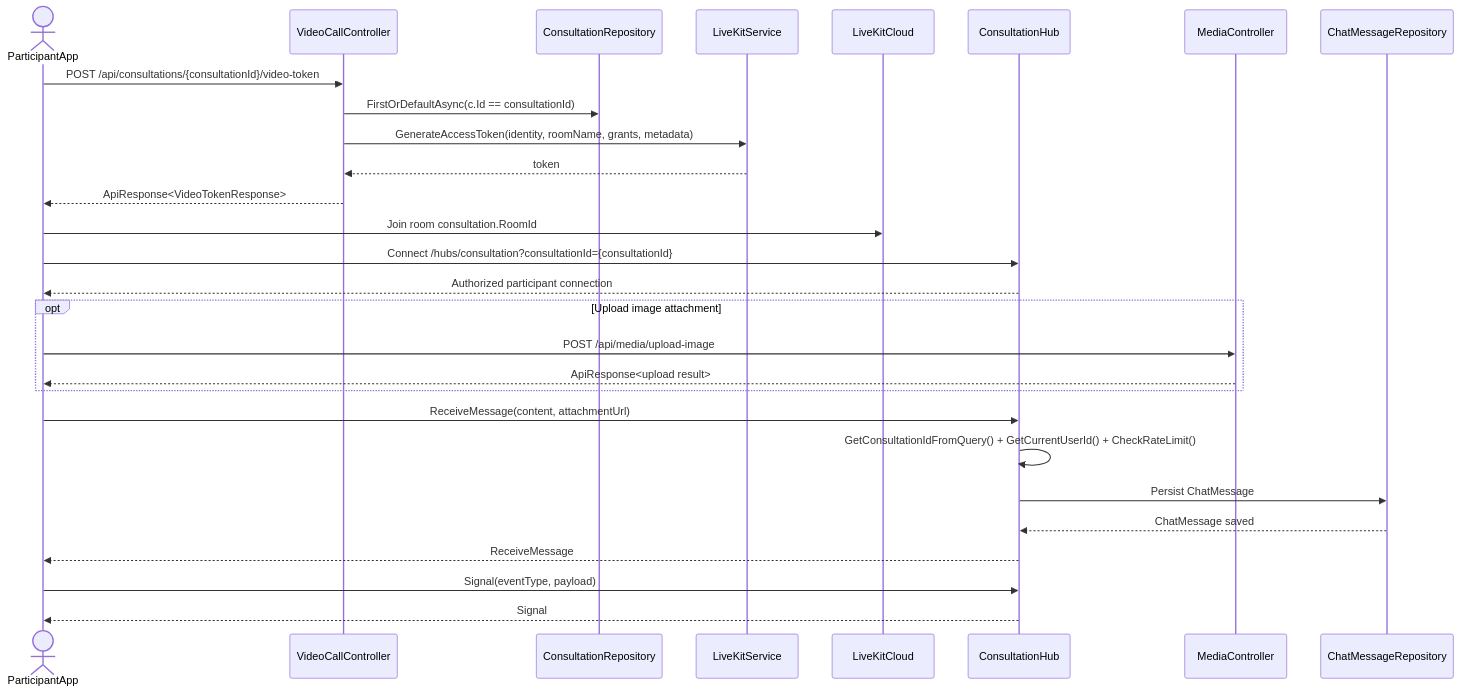
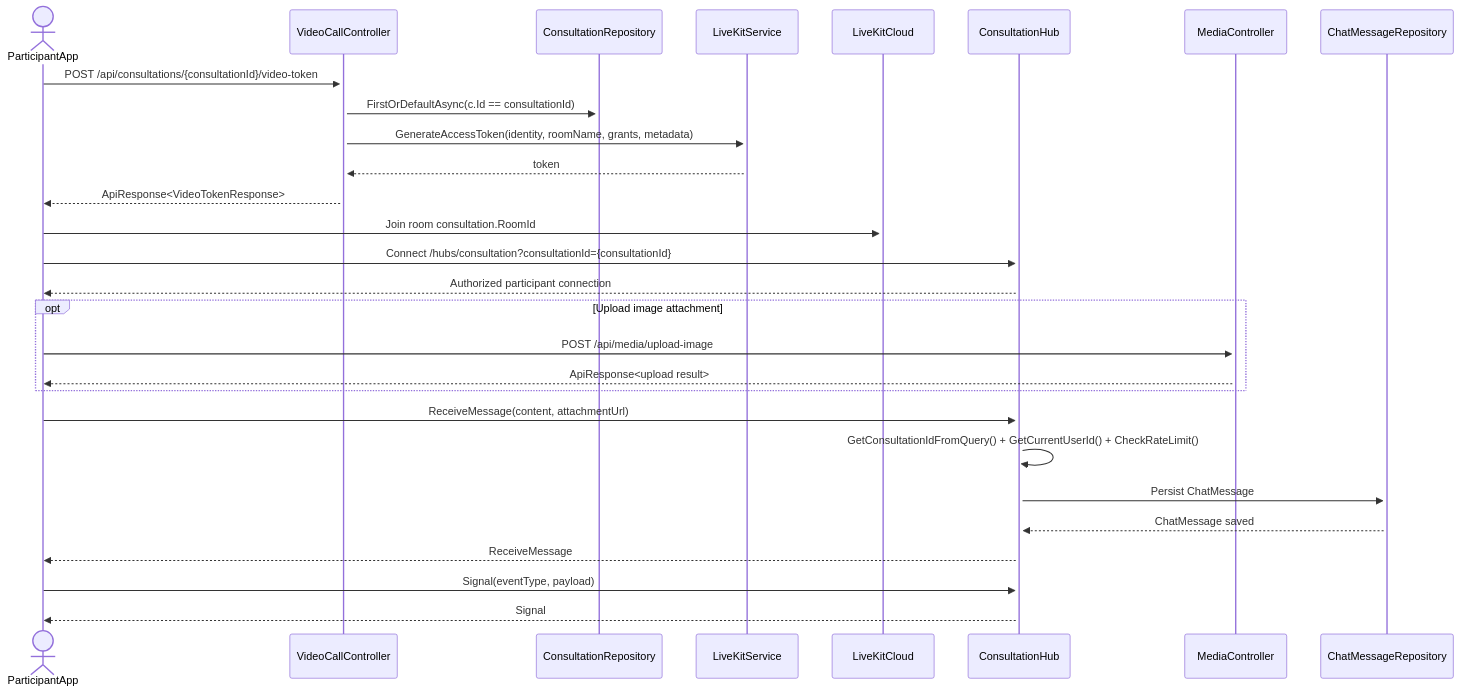
Before and after one commit to Snake-AID/SnakeAid.Docs: diagram 11 of 16 in Docs/11-SoftwareDocument/Report 5/SnakeAid Report4_Software Design Document.docx.md, drawn with Mermaid. The commit also changed other lines of this file, not shown here.

Commit message:
docs(sequence-diagrams): enhance activation and deactivation sequences for consultation services

````diff
--- a/Docs/11-SoftwareDocument/Report 5/SnakeAid Report4_Software Design Document.docx.md
+++ b/Docs/11-SoftwareDocument/Report 5/SnakeAid Report4_Software Design Document.docx.md
@@ -1186,35 +1272,42 @@
 ```mermaid
 sequenceDiagram
     actor ParticipantApp
     participant VideoCallController
     participant ConsultationRepository
     participant LiveKitService
     participant LiveKitCloud
     participant ConsultationHub
     participant MediaController
     participant ChatMessageRepository
+    activate VideoCallController
+    activate ConsultationRepository
+    activate LiveKitService
+    activate LiveKitCloud
+    activate ConsultationHub
+    activate MediaController
+    activate ChatMessageRepository
 
     ParticipantApp->>VideoCallController: POST /api/consultations/{consultationId}/video-token
     VideoCallController->>ConsultationRepository: FirstOrDefaultAsync(c.Id == consultationId)
     VideoCallController->>LiveKitService: GenerateAccessToken(identity, roomName, grants, metadata)
     LiveKitService-->>VideoCallController: token
     VideoCallController-->>ParticipantApp: ApiResponse<VideoTokenResponse>
     ParticipantApp->>LiveKitCloud: Join room consultation.RoomId
 
     ParticipantApp->>ConsultationHub: Connect /hubs/consultation?consultationId={consultationId}
     ConsultationHub-->>ParticipantApp: Authorized participant connection
 
     opt Upload image attachment
         ParticipantApp->>MediaController: POST /api/media/upload-image
         MediaController-->>ParticipantApp: ApiResponse<upload result>
     end
 
     ParticipantApp->>ConsultationHub: ReceiveMessage(content, attachmentUrl)
     ConsultationHub->>ConsultationHub: GetConsultationIdFromQuery() + GetCurrentUserId() + CheckRateLimit()
     ConsultationHub->>ChatMessageRepository: Persist ChatMessage
     ChatMessageRepository-->>ConsultationHub: ChatMessage saved
     ConsultationHub-->>ParticipantApp: ReceiveMessage
 
     ParticipantApp->>ConsultationHub: Signal(eventType, payload)
     ConsultationHub-->>ParticipantApp: Signal
 ```
````
